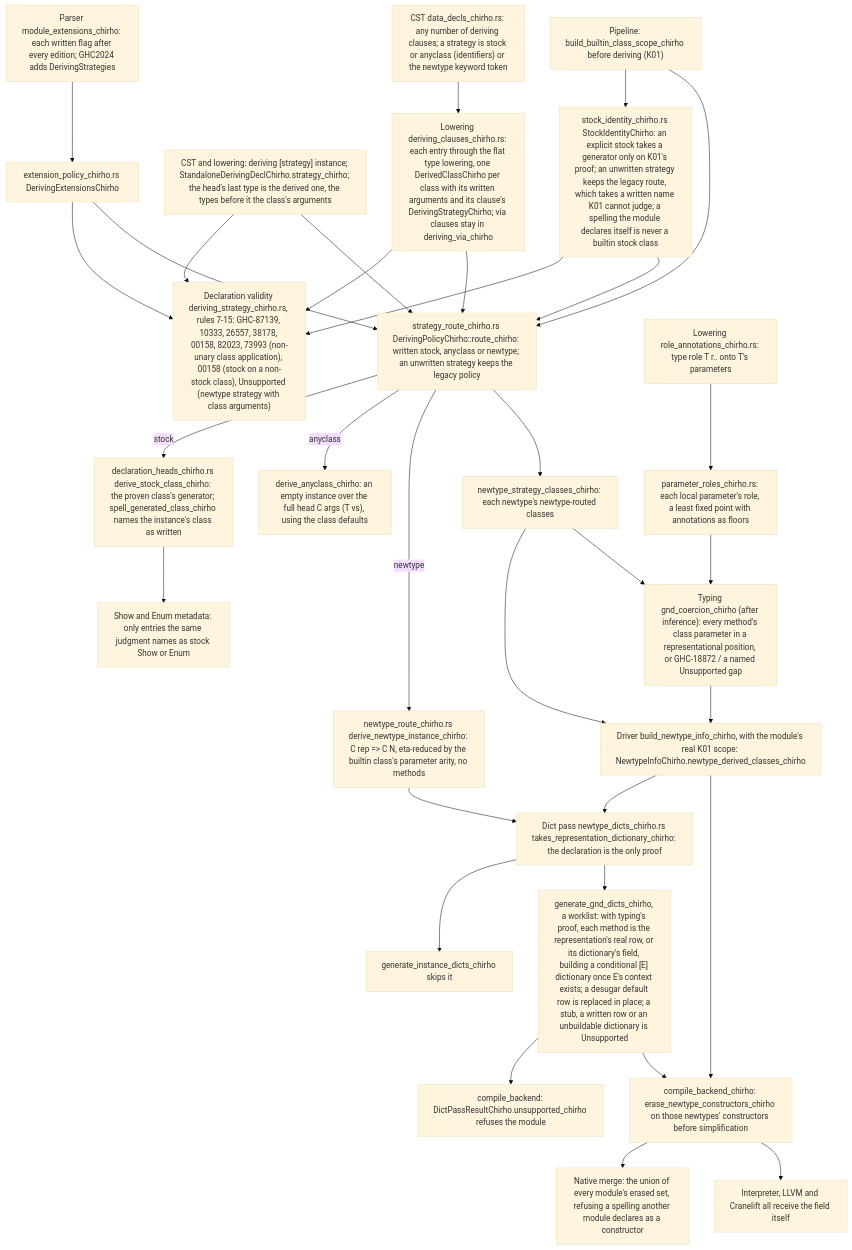
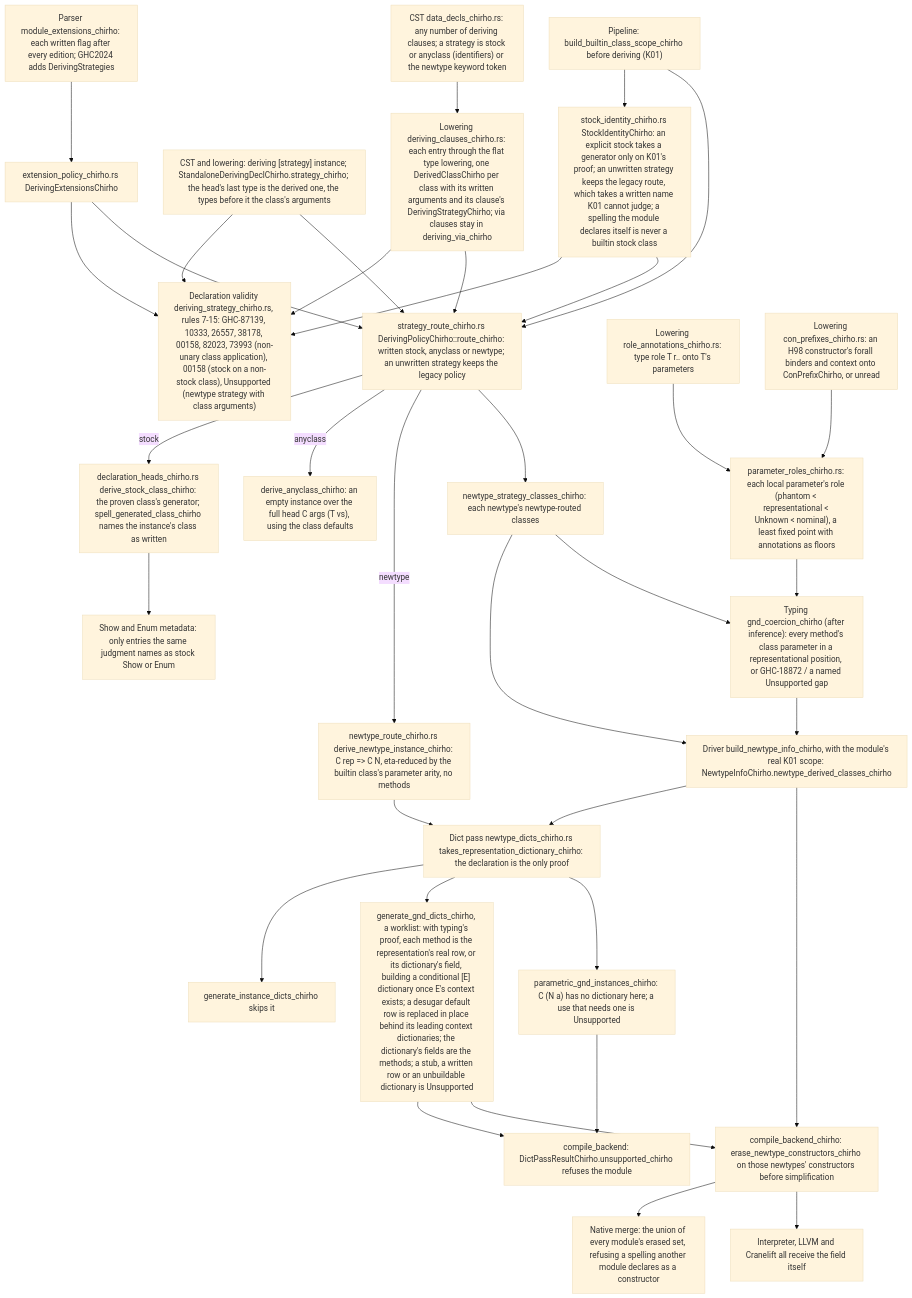
The diagram in spec-chirho/workflows-chirho/compiler-pipeline-chirho/deriving-strategies-chirho.md (loveJesus/haskelujah-chirho), drawn with Mermaid (base theme) before and after one commit. The commit also changed other lines of this file and 41 other files, not shown here.

First line of the commit message:
fix(deriving): GND row calling convention and role authority (r10)

````diff
--- a/spec-chirho/workflows-chirho/compiler-pipeline-chirho/deriving-strategies-chirho.md
+++ b/spec-chirho/workflows-chirho/compiler-pipeline-chirho/deriving-strategies-chirho.md
@@ -12,36 +12,39 @@
 ```mermaid
 flowchart TD
     cst_chirho["CST data_decls_chirho.rs: any number of deriving clauses; a strategy is stock or anyclass (identifiers) or the newtype keyword token"]
     cst_chirho --> lower_chirho["Lowering deriving_clauses_chirho.rs: each entry through the flat type lowering, one DerivedClassChirho per class with its written arguments and its clause's DerivingStrategyChirho; via clauses stay in deriving_via_chirho"]
     standalone_chirho["CST and lowering: deriving [strategy] instance; StandaloneDerivingDeclChirho.strategy_chirho; the head's last type is the derived one, the types before it the class's arguments"]
     pragmas_chirho["Parser module_extensions_chirho: each written flag after every edition; GHC2024 adds DerivingStrategies"] --> policy_chirho["extension_policy_chirho.rs DerivingExtensionsChirho"]
     policy_chirho --> validity_chirho
     policy_chirho --> route_chirho
     scope_chirho --> identity_chirho["stock_identity_chirho.rs StockIdentityChirho: an explicit stock takes a generator only on K01's proof; an unwritten strategy keeps the legacy route, which takes a written name K01 cannot judge; a spelling the module declares itself is never a builtin stock class"]
     identity_chirho --> validity_chirho
     identity_chirho --> route_chirho
     lower_chirho --> validity_chirho["Declaration validity deriving_strategy_chirho.rs, rules 7-15: GHC-87139, 10333, 26557, 38178, 00158, 82023, 73993 (non-unary class application), 00158 (stock on a non-stock class), Unsupported (newtype strategy with class arguments)"]
     standalone_chirho --> validity_chirho
     lower_chirho --> route_chirho["strategy_route_chirho.rs DerivingPolicyChirho::route_chirho: written stock, anyclass or newtype; an unwritten strategy keeps the legacy policy"]
     standalone_chirho --> route_chirho
     scope_chirho["Pipeline: build_builtin_class_scope_chirho before deriving (K01)"] --> route_chirho
     route_chirho -->|stock| stock_chirho["declaration_heads_chirho.rs derive_stock_class_chirho: the proven class's generator; spell_generated_class_chirho names the instance's class as written"]
     route_chirho -->|anyclass| empty_chirho["derive_anyclass_chirho: an empty instance over the full head C args (T vs), using the class defaults"]
     route_chirho -->|newtype| gnd_chirho["newtype_route_chirho.rs derive_newtype_instance_chirho: C rep => C N, eta-reduced by the builtin class's parameter arity, no methods"]
     route_chirho --> inventory_chirho["newtype_strategy_classes_chirho: each newtype's newtype-routed classes"]
     stock_chirho --> metadata_chirho["Show and Enum metadata: only entries the same judgment names as stock Show or Enum"]
     inventory_chirho --> info_chirho["Driver build_newtype_info_chirho, with the module's real K01 scope: NewtypeInfoChirho.newtype_derived_classes_chirho"]
-    roles_annotation_chirho["Lowering role_annotations_chirho.rs: type role T r.. onto T's parameters"] --> roles_chirho["parameter_roles_chirho.rs: each local parameter's role, a least fixed point with annotations as floors"]
+    roles_annotation_chirho["Lowering role_annotations_chirho.rs: type role T r.. onto T's parameters"] --> roles_chirho["parameter_roles_chirho.rs: each local parameter's role (phantom < representational < Unknown < nominal), a least fixed point with annotations as floors"]
+    prefix_lower_chirho["Lowering con_prefixes_chirho.rs: an H98 constructor's forall binders and context onto ConPrefixChirho, or unread"] --> roles_chirho
     inventory_chirho --> proof_chirho["Typing gnd_coercion_chirho (after inference): every method's class parameter in a representational position, or GHC-18872 / a named Unsupported gap"]
     roles_chirho --> proof_chirho
     proof_chirho --> info_chirho
     info_chirho --> eligible_chirho["Dict pass newtype_dicts_chirho.rs takes_representation_dictionary_chirho: the declaration is the only proof"]
     gnd_chirho --> eligible_chirho
     eligible_chirho --> ground_skip_chirho["generate_instance_dicts_chirho skips it"]
-    eligible_chirho --> alias_chirho["generate_gnd_dicts_chirho, a worklist: with typing's proof, each method is the representation's real row, or its dictionary's field, building a conditional [E] dictionary once E's context exists; a desugar default row is replaced in place; a stub, a written row or an unbuildable dictionary is Unsupported"]
+    eligible_chirho --> alias_chirho["generate_gnd_dicts_chirho, a worklist: with typing's proof, each method is the representation's real row, or its dictionary's field, building a conditional [E] dictionary once E's context exists; a desugar default row is replaced in place behind its leading context dictionaries; the dictionary's fields are the methods; a stub, a written row or an unbuildable dictionary is Unsupported"]
     alias_chirho --> refuse_chirho["compile_backend: DictPassResultChirho.unsupported_chirho refuses the module"]
+    eligible_chirho --> parametric_chirho["parametric_gnd_instances_chirho: C (N a) has no dictionary here; a use that needs one is Unsupported"]
+    parametric_chirho --> refuse_chirho
     info_chirho --> erase_chirho["compile_backend_chirho: erase_newtype_constructors_chirho on those newtypes' constructors before simplification"]
     erase_chirho --> merge_chirho["Native merge: the union of every module's erased set, refusing a spelling another module declares as a constructor"]
     alias_chirho --> erase_chirho
     erase_chirho --> backends_chirho["Interpreter, LLVM and Cranelift all receive the field itself"]
 ```
````
